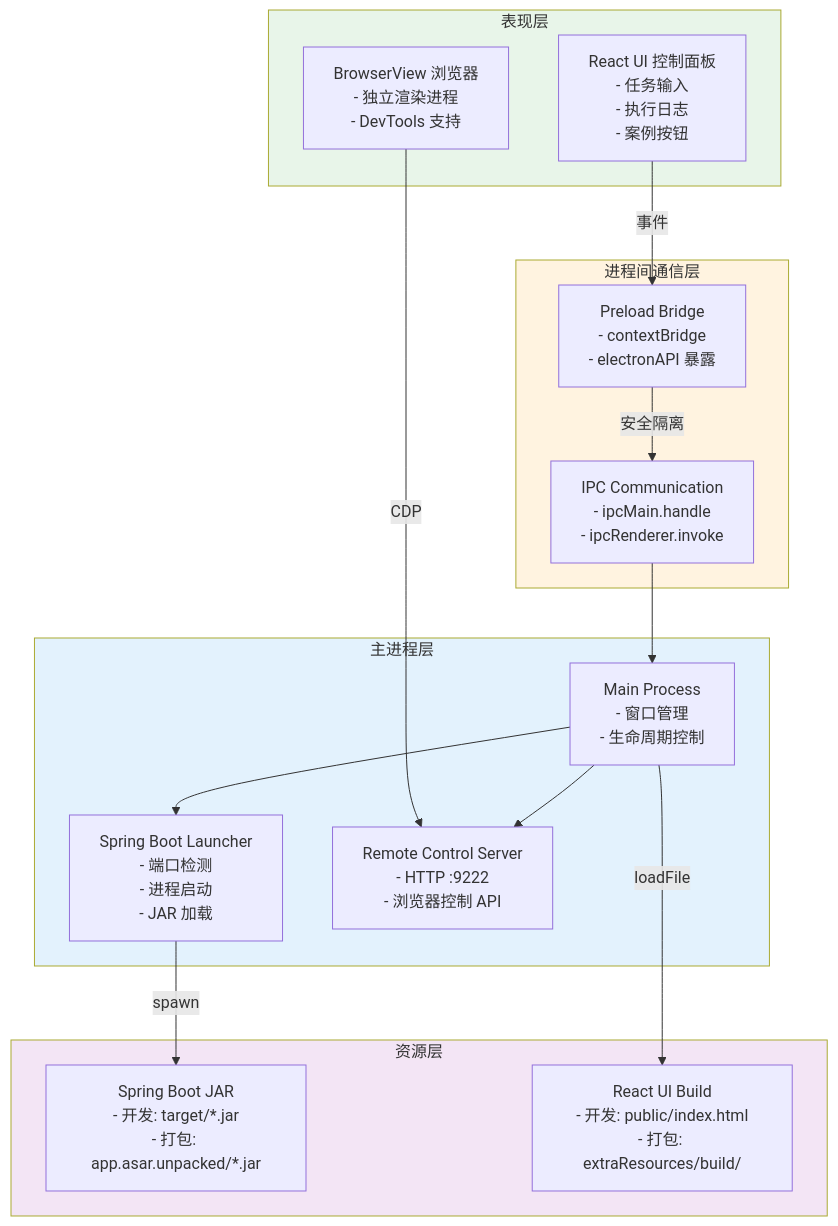
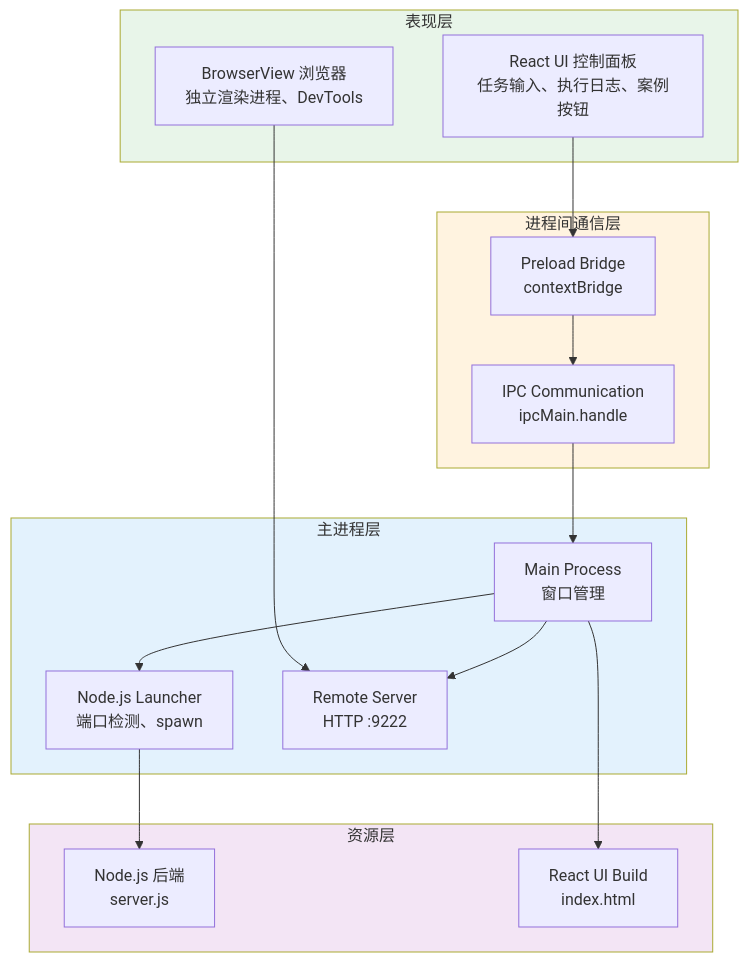
The second of 4 diagrams in README.md (1018053166/ReActAgentDemo), drawn with Mermaid before and after one commit. The commit also changed other lines of this file and 51 other files, not shown here.

````diff
--- a/README.md
+++ b/README.md
@@ -48,37 +54,37 @@
 ```mermaid
 graph TD
-    subgraph 表现层
-        UI[React UI 控制面板<br/>- 任务输入<br/>- 执行日志<br/>- 案例按钮]
-        BrowserView[BrowserView 浏览器<br/>- 独立渲染进程<br/>- DevTools 支持]
+    subgraph UI["表现层"]
+        A["React UI 控制面板<br/>任务输入、执行日志、案例按钮"]
+        B["BrowserView 浏览器<br/>独立渲染进程、DevTools"]
     end
     
-    subgraph 进程间通信层
-        IPC[IPC Communication<br/>- ipcMain.handle<br/>- ipcRenderer.invoke]
-        Preload[Preload Bridge<br/>- contextBridge<br/>- electronAPI 暴露]
+    subgraph IPC["进程间通信层"]
+        C["IPC Communication<br/>ipcMain.handle"]
+        D["Preload Bridge<br/>contextBridge"]
     end
     
-    subgraph 主进程层
-        Main[Main Process<br/>- 窗口管理<br/>- 生命周期控制]
-        SpringBoot[Spring Boot Launcher<br/>- 端口检测<br/>- 进程启动<br/>- JAR 加载]
-        RemoteServer[Remote Control Server<br/>- HTTP :9222<br/>- 浏览器控制 API]
+    subgraph Main["主进程层"]
+        E["Main Process<br/>窗口管理"]
+        F["Node.js Launcher<br/>端口检测、spawn"]
+        G["Remote Server<br/>HTTP :9222"]
     end
     
-    subgraph 资源层
-        JAR[Spring Boot JAR<br/>- 开发: target/*.jar<br/>- 打包: app.asar.unpacked/*.jar]
-        HTML[React UI Build<br/>- 开发: public/index.html<br/>- 打包: extraResources/build/]
+    subgraph Resources["资源层"]
+        H["Node.js 后端<br/>server.js"]
+        I["React UI Build<br/>index.html"]
     end
     
-    UI -->|事件| Preload
-    BrowserView -->|CDP| RemoteServer
-    Preload -->|安全隔离| IPC
-    IPC --> Main
-    Main --> SpringBoot
-    Main --> RemoteServer
-    SpringBoot -->|spawn| JAR
-    Main -->|loadFile| HTML
+    A --> D
+    B --> G
+    D --> C
+    C --> E
+    E --> F
+    E --> G
+    F --> H
+    E --> I
     
-    style 表现层 fill:#e8f5e9
-    style 进程间通信层 fill:#fff3e0
-    style 主进程层 fill:#e3f2fd
-    style 资源层 fill:#f3e5f5
+    style UI fill:#e8f5e9
+    style IPC fill:#fff3e0
+    style Main fill:#e3f2fd
+    style Resources fill:#f3e5f5
 ```
````
